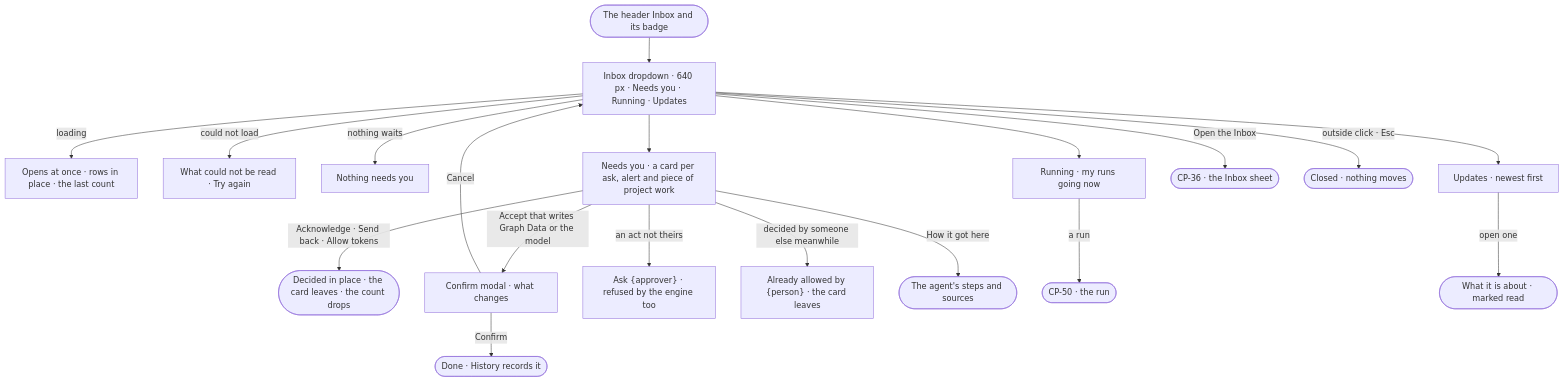
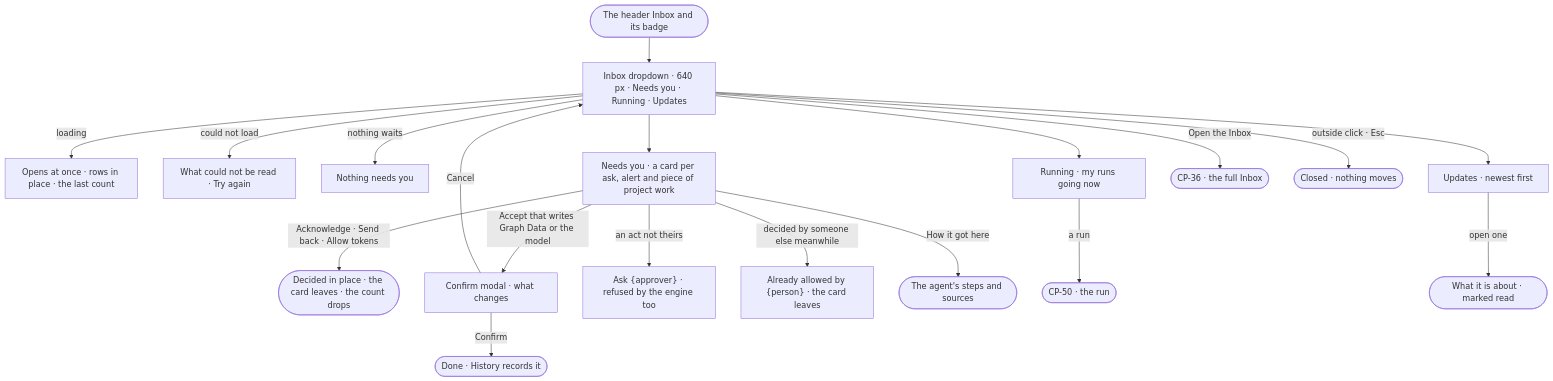
One commit to invana/invana changed the diagram in specs/os/control/features/CP-F08-the-inbox/stories/CP-69-decide-what-needs-me-from-the-header/story.md. Above: the diagram before and after it, drawn with Mermaid. The commit also changed other lines of this file and 133 other files, not shown here.

````diff
--- a/specs/os/control/features/CP-F08-the-inbox/stories/CP-69-decide-what-needs-me-from-the-header/story.md
+++ b/specs/os/control/features/CP-F08-the-inbox/stories/CP-69-decide-what-needs-me-from-the-header/story.md
@@ -26,19 +26,19 @@
 ```mermaid
 flowchart TD
   b([The header Inbox and its badge]) --> d["Inbox dropdown · 640 px · Needs you · Running · Updates"]
   d -->|loading| ld["Opens at once · rows in place · the last count"]
   d -->|could not load| fl["What could not be read · Try again"]
   d -->|nothing waits| nn["Nothing needs you"]
   d --> n["Needs you · a card per ask, alert and piece of project work"]
   n -->|Acknowledge · Send back · Allow tokens| ip(["Decided in place · the card leaves · the count drops"])
   n -->|Accept that writes Graph Data or the model| cf["Confirm modal · what changes"]
   cf -->|Confirm| ok(["Done · History records it"])
   cf -->|Cancel| d
   n -->|an act not theirs| ask["Ask {approver} · refused by the engine too"]
   n -->|decided by someone else meanwhile| al["Already allowed by {person} · the card leaves"]
   n -->|How it got here| tr(["The agent's steps and sources"])
   d --> r["Running · my runs going now"] -->|a run| run(["CP-50 · the run"])
   d --> u["Updates · newest first"] -->|open one| g(["What it is about · marked read"])
-  d -->|Open the Inbox| sh(["CP-36 · the Inbox sheet"])
+  d -->|Open the Inbox| sh(["CP-36 · the full Inbox"])
   d -->|outside click · Esc| x(["Closed · nothing moves"])
 ```
````
